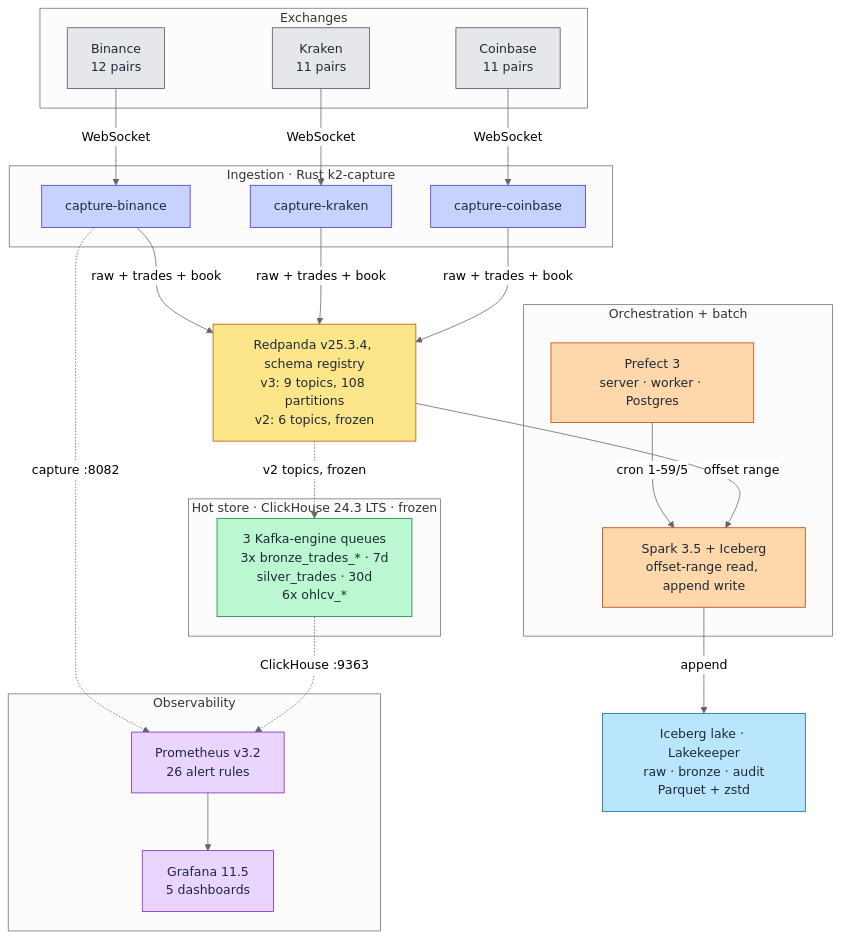
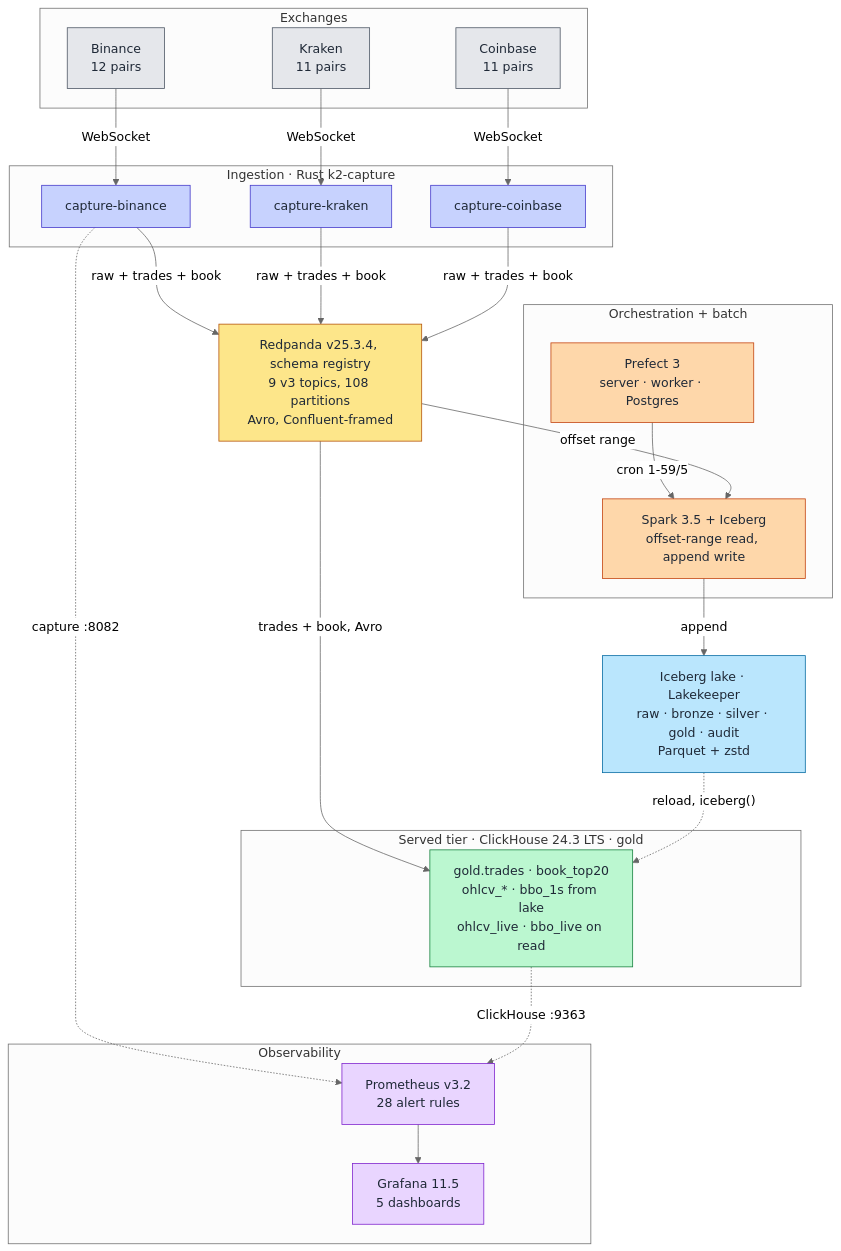
The first of 5 diagrams in docs/architecture/README.md (rjdscott/k2-market-data-platform), drawn with Mermaid (neutral theme) before and after one commit. The commit also changed other lines of this file and 52 other files, not shown here.

````diff
--- a/docs/architecture/README.md
+++ b/docs/architecture/README.md
@@ -13,62 +13,63 @@
 ```mermaid
 flowchart TB
     subgraph EX["Exchanges"]
         BIN["Binance<br/>12 pairs"]
         KRK["Kraken<br/>11 pairs"]
         CBS["Coinbase<br/>11 pairs"]
     end
 
     subgraph FH["Ingestion · Rust k2-capture"]
         FHB["capture-binance"]
         FHK["capture-kraken"]
         FHC["capture-coinbase"]
     end
 
-    RP["Redpanda v25.3.4, schema registry<br/>v3: 9 topics, 108 partitions<br/>v2: 6 topics, frozen"]
+    RP["Redpanda v25.3.4, schema registry<br/>9 v3 topics, 108 partitions<br/>Avro, Confluent-framed"]
 
-    subgraph CH["Hot store · ClickHouse 24.3 LTS · frozen"]
-        MED["3 Kafka-engine queues<br/>3x bronze_trades_* · 7d<br/>silver_trades · 30d<br/>6x ohlcv_*"]
+    subgraph CH["Served tier · ClickHouse 24.3 LTS · gold"]
+        MED["gold.trades · book_top20<br/>ohlcv_* · bbo_1s from lake<br/>ohlcv_live · bbo_live on read"]
     end
 
     subgraph BATCH["Orchestration + batch"]
         PF["Prefect 3<br/>server · worker · Postgres"]
         SP["Spark 3.5 + Iceberg<br/>offset-range read, append write"]
     end
 
-    ICE["Iceberg lake · Lakekeeper<br/>raw · bronze · audit<br/>Parquet + zstd"]
+    ICE["Iceberg lake · Lakekeeper<br/>raw · bronze · silver · gold · audit<br/>Parquet + zstd"]
 
     subgraph OBS["Observability"]
-        PR["Prometheus v3.2<br/>26 alert rules"]
+        PR["Prometheus v3.2<br/>28 alert rules"]
         GR["Grafana 11.5<br/>5 dashboards"]
     end
 
     BIN -->|WebSocket| FHB
     KRK -->|WebSocket| FHK
     CBS -->|WebSocket| FHC
     FHB -->|"raw + trades + book"| RP
     FHK -->|"raw + trades + book"| RP
     FHC -->|"raw + trades + book"| RP
-    RP -.->|"v2 topics, frozen"| MED
+    RP -->|"trades + book, Avro"| MED
     PF -->|"cron 1-59/5"| SP
     RP -->|"offset range"| SP
     SP -->|append| ICE
+    ICE -.->|"reload, iceberg()"| MED
     FHB -.->|"capture :8082"| PR
     MED -.->|"ClickHouse :9363"| PR
     PR --> GR
 
     classDef exchange fill:#e5e7eb,stroke:#4b5563,color:#1f2937
     classDef rust fill:#c7d2fe,stroke:#4338ca,color:#1f2937
     classDef stream fill:#fde68a,stroke:#b45309,color:#1f2937
     classDef ch fill:#bbf7d0,stroke:#15803d,color:#1f2937
     classDef batch fill:#fed7aa,stroke:#c2410c,color:#1f2937
     classDef storage fill:#bae6fd,stroke:#0369a1,color:#1f2937
     classDef obs fill:#e9d5ff,stroke:#7e22ce,color:#1f2937
 
     class BIN,KRK,CBS exchange
     class FHB,FHK,FHC rust
     class RP stream
     class MED ch
     class PF,SP batch
     class ICE storage
     class PR,GR obs
 ```
````
